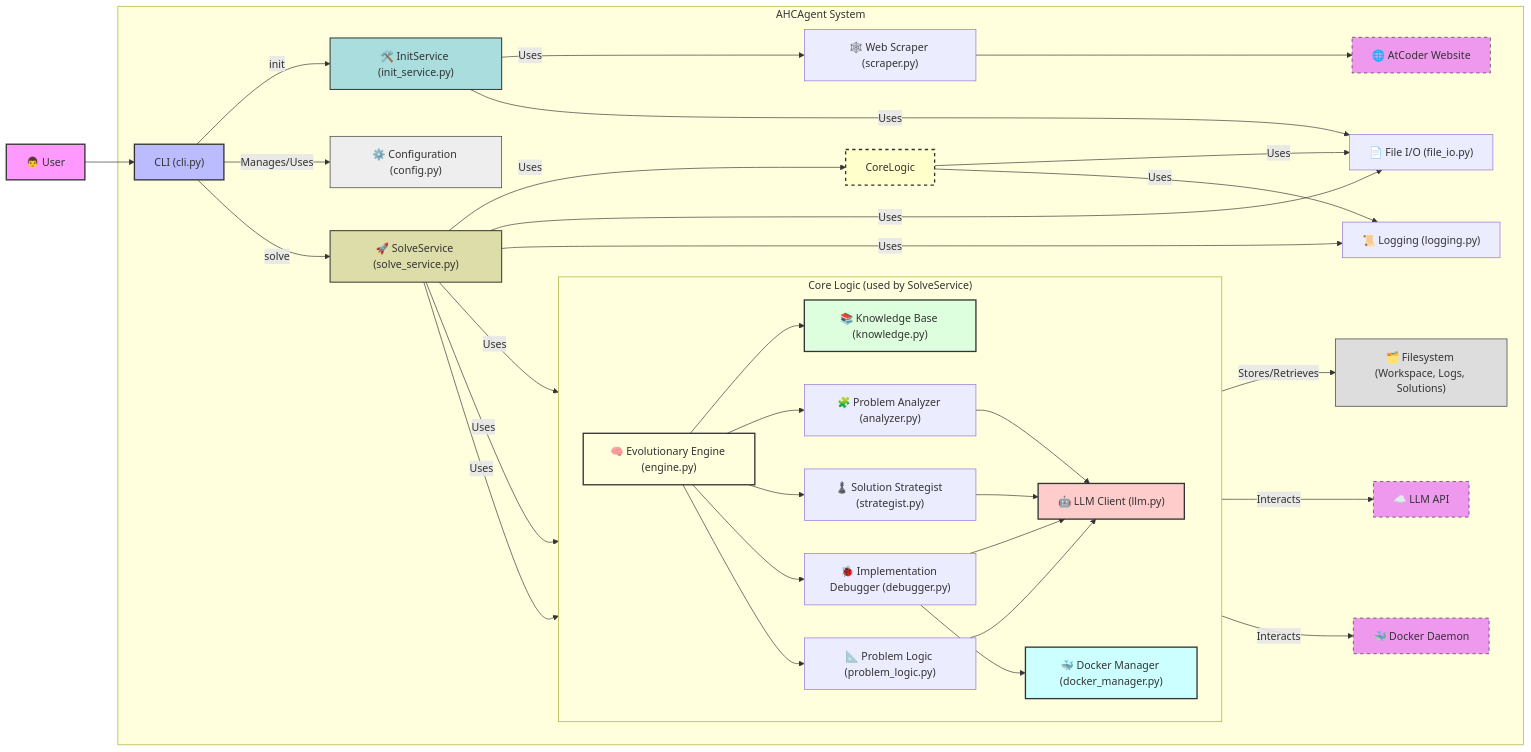
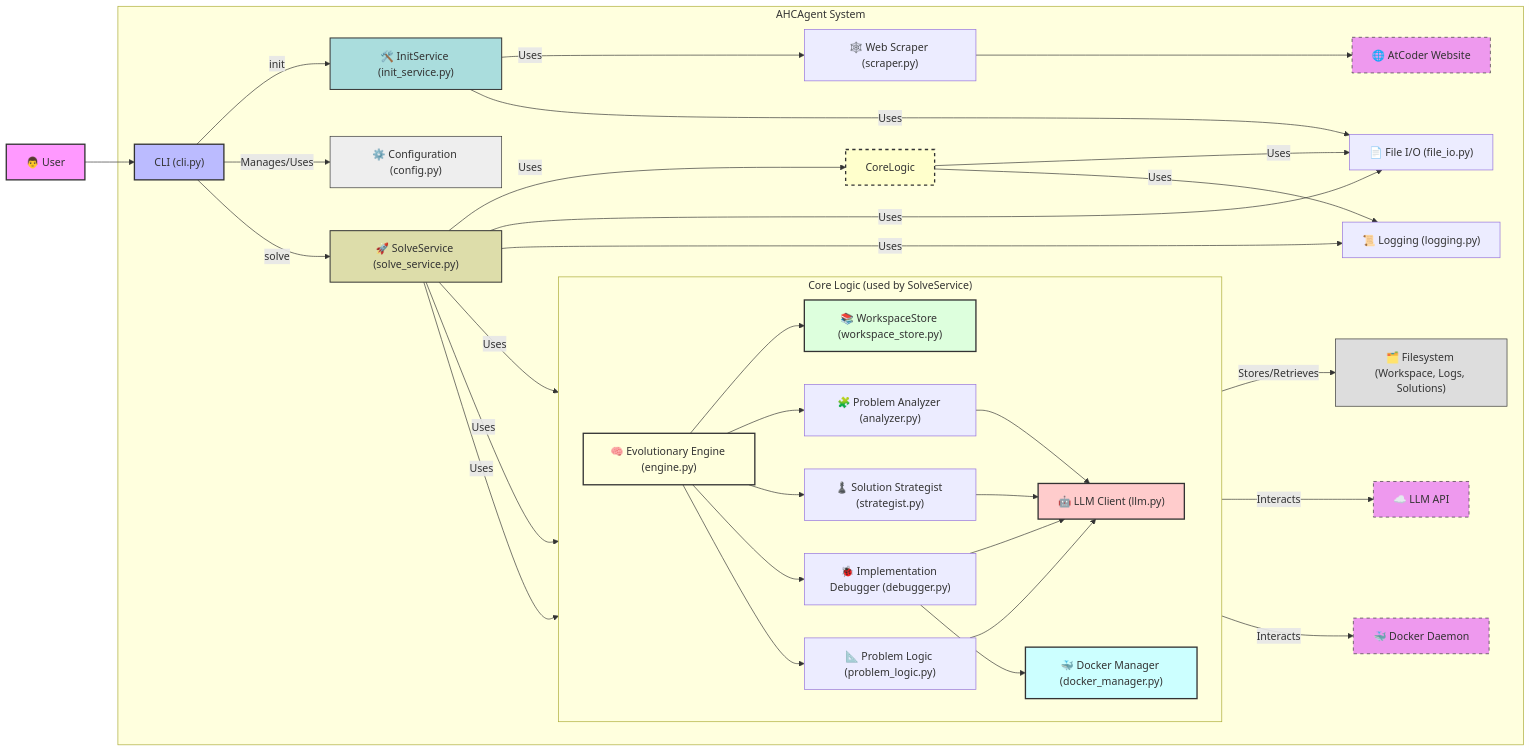
Before and after one commit to bamps53/ahc-agent: the diagram in docs/architecture.md, drawn with Mermaid. The commit also changed other lines of this file and 15 other files, not shown here.

````diff
--- a/docs/architecture.md
+++ b/docs/architecture.md
@@ -5,64 +5,64 @@
 ```mermaid
 graph LR
     User[👨 User] --> CLIMain["CLI (cli.py)"];
 
     subgraph "AHCAgent System"
         CLIMain -- "init" --> InitService["🛠️ InitService (init_service.py)"];
         CLIMain -- Manages/Uses --> Config["⚙️ Configuration (config.py)"];
         InitService -- Uses --> ScraperUtil["🕸️ Web Scraper (scraper.py)"];
         ScraperUtil --> ExternalAtCoder["🌐 AtCoder Website"];
 
         CLIMain -- "solve" --> SolveService["🚀 SolveService (solve_service.py)"];
 
         SolveService -- Uses --> CoreLogic;
-        SolveService -- Uses --> KB["📚 Knowledge Base (knowledge.py)"];
+        SolveService -- Uses --> WorkspaceStore["📚 WorkspaceStore (workspace_store.py)"];
         SolveService -- Uses --> LLMUtil["🤖 LLM Client (llm.py)"];
         SolveService -- Uses --> DockerUtil["🐳 Docker Manager (docker_manager.py)"];
 
 
         subgraph "Core Logic (used by SolveService)"
             direction LR
             Engine["🧠 Evolutionary Engine (engine.py)"];
             Analyzer["🧩 Problem Analyzer (analyzer.py)"];
             Strategist["♟️ Solution Strategist (strategist.py)"];
             Debugger["🐞 Implementation Debugger (debugger.py)"];
             ProblemHandler["📐 Problem Logic (problem_logic.py)"];
 
             Engine --> Analyzer;
             Engine --> Strategist;
             Engine --> Debugger;
             Engine --> ProblemHandler;
-            Engine --> KB;
+            Engine --> WorkspaceStore;
 
             Analyzer --> LLMUtil;
             Strategist --> LLMUtil;
             Debugger --> LLMUtil;
             ProblemHandler --> LLMUtil;
             Debugger --> DockerUtil;
         end
 
-        KB -- Stores/Retrieves --> FileSystem["🗂️ Filesystem (Workspace, Logs, Solutions)"];
+        WorkspaceStore -- Stores/Retrieves --> FileSystem["🗂️ Filesystem (Workspace, Logs, Solutions)"];
         LLMUtil -- Interacts --> ExternalLLMAPI["☁️ LLM API"];
         DockerUtil -- Interacts --> LocalDockerDaemon["🐳 Docker Daemon"];
         CoreLogic -- Uses --> FileIOUtil["📄 File I/O (file_io.py)"];
         CoreLogic -- Uses --> LoggingUtil["📜 Logging (logging.py)"];
         InitService -- Uses --> FileIOUtil;
         SolveService -- Uses --> FileIOUtil;
         SolveService -- Uses --> LoggingUtil;
     end
 
     style User fill:#f9f,stroke:#333,stroke-width:2px
     style CLIMain fill:#bbf,stroke:#333,stroke-width:2px
     style InitService fill:#add,stroke:#333,stroke-width:1.5px
     style SolveService fill:#dda,stroke:#333,stroke-width:1.5px
     style Config fill:#eee,stroke:#333,stroke-width:1px
     style CoreLogic fill:#ffc,stroke:#333,stroke-width:2px,stroke-dasharray: 5 5
     style Engine fill:#ffd,stroke:#333,stroke-width:2px
-    style KB fill:#dfd,stroke:#333,stroke-width:2px
+    style WorkspaceStore fill:#dfd,stroke:#333,stroke-width:2px
     style LLMUtil fill:#fcc,stroke:#333,stroke-width:2px
     style DockerUtil fill:#cff,stroke:#333,stroke-width:2px
     style ExternalAtCoder fill:#e9e,stroke:#333,stroke-width:1px,stroke-dasharray: 5 5
     style ExternalLLMAPI fill:#e9e,stroke:#333,stroke-width:1px,stroke-dasharray: 5 5
     style LocalDockerDaemon fill:#e9e,stroke:#333,stroke-width:1px,stroke-dasharray: 5 5
     style FileSystem fill:#ddd,stroke:#333,stroke-width:1px
 ```
````
